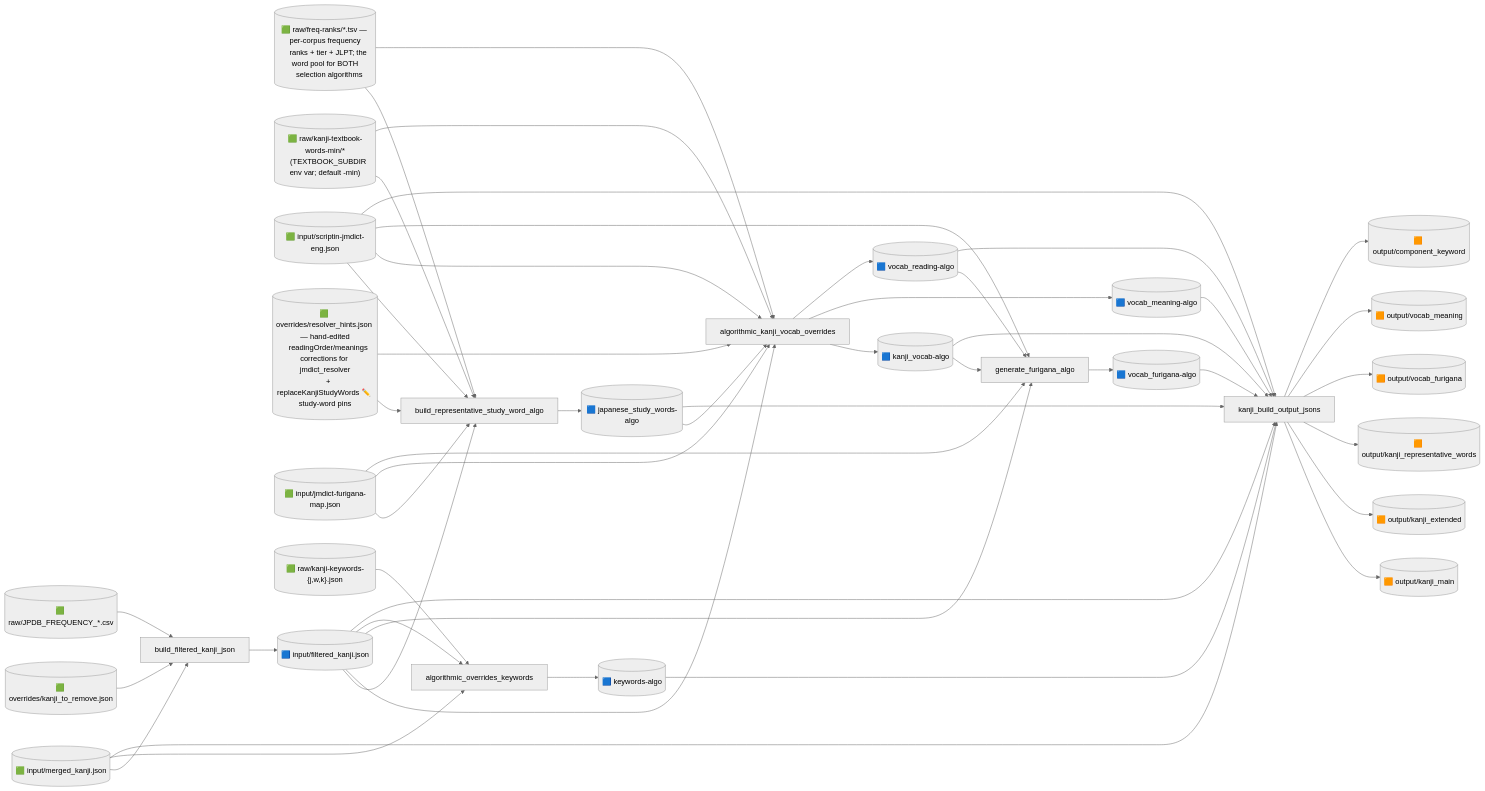
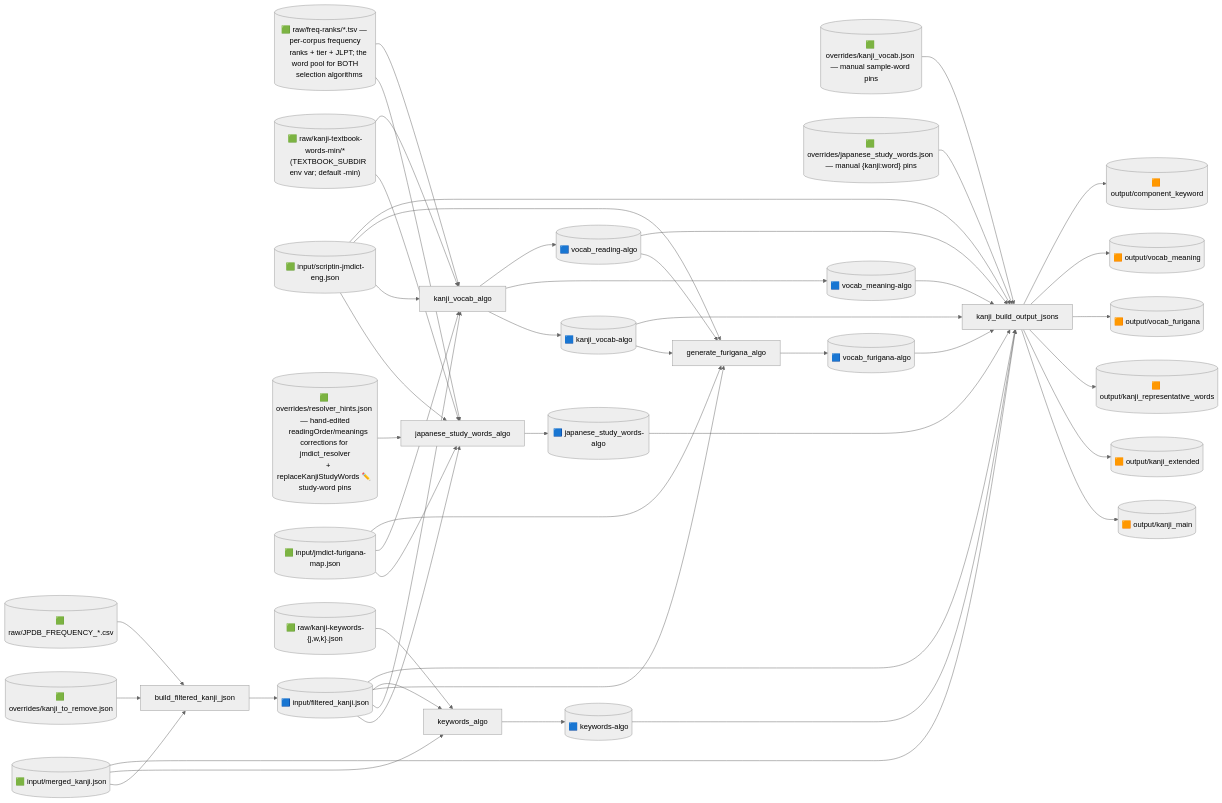
The second of 8 diagrams in notes/flowchart.md (PikaPikaGems/kanji-heatmap-data), drawn with Mermaid (neutral theme) before and after one commit. The commit also changed other lines of this file, not shown here.

First line of the commit message:
Update flowchart.md to current pipeline

```diff
--- a/notes/flowchart.md
+++ b/notes/flowchart.md
@@ -73,18 +83,23 @@
     jpdbfreq[("🟩 raw/JPDB_FREQUENCY_*.csv")]
     keywordsraw[("🟩 raw/kanji-keywords-{j,w,k}.json")]
 
+    %% hand-written manual overrides that merge at BUILD time (kanji_vocab / study-word
+    %% analog of the -algo files) — shown here because they feed S6, not the algos.
+    kvman[("🟩 overrides/kanji_vocab.json — manual sample-word pins")]
+    jswman[("🟩 overrides/japanese_study_words.json — manual {kanji:word} pins")]
+
     %% scripts
     S1[build_filtered_kanji_json]
-    S2[build_representative_study_word_algo]
-    S3[algorithmic_kanji_vocab_overrides]
+    S2[japanese_study_words_algo]
+    S3[kanji_vocab_algo]
     S4[generate_furigana_algo]
-    SK[algorithmic_overrides_keywords]
+    SK[keywords_algo]
     S6[kanji_build_output_jsons]
 
     %% intermediate files — all script-written: input/filtered_kanji.json and the
-    %% -algo.json overrides. The hand-written
-    %% overrides/*.json (no -algo suffix) that take priority at build time are
-    %% authoritative and intentionally omitted from this view (see §3).
+    %% -algo.json overrides. The hand-written overrides/*.json (no -algo suffix) that
+    %% take priority at build time are authoritative; the two that matter to the algos'
+    %% outputs (kanji_vocab, japanese_study_words) are drawn above.
     filt[("🟦 input/filtered_kanji.json")]
     jsw[("🟦 japanese_study_words-algo")]
     kv[("🟦 kanji_vocab-algo")]
@@ -119,9 +134,7 @@
     freqranks --> S3
     textbook --> S3
     jmdict --> S3
-    hints --> S3
     furimap --> S3
-    jsw --> S3
     S3 --> kv & vm & vr
 
     filt --> S4
@@ -140,10 +153,12 @@
     filt --> S6
     merged --> S6
     kv --> S6
+    kvman --> S6
     vm --> S6
     vr --> S6
     vf --> S6
     jsw --> S6
+    jswman --> S6
     kwalgo --> S6
     jmdict --> S6
     S6 --> main & extd & repw & outvf & outvm & compkw
```
